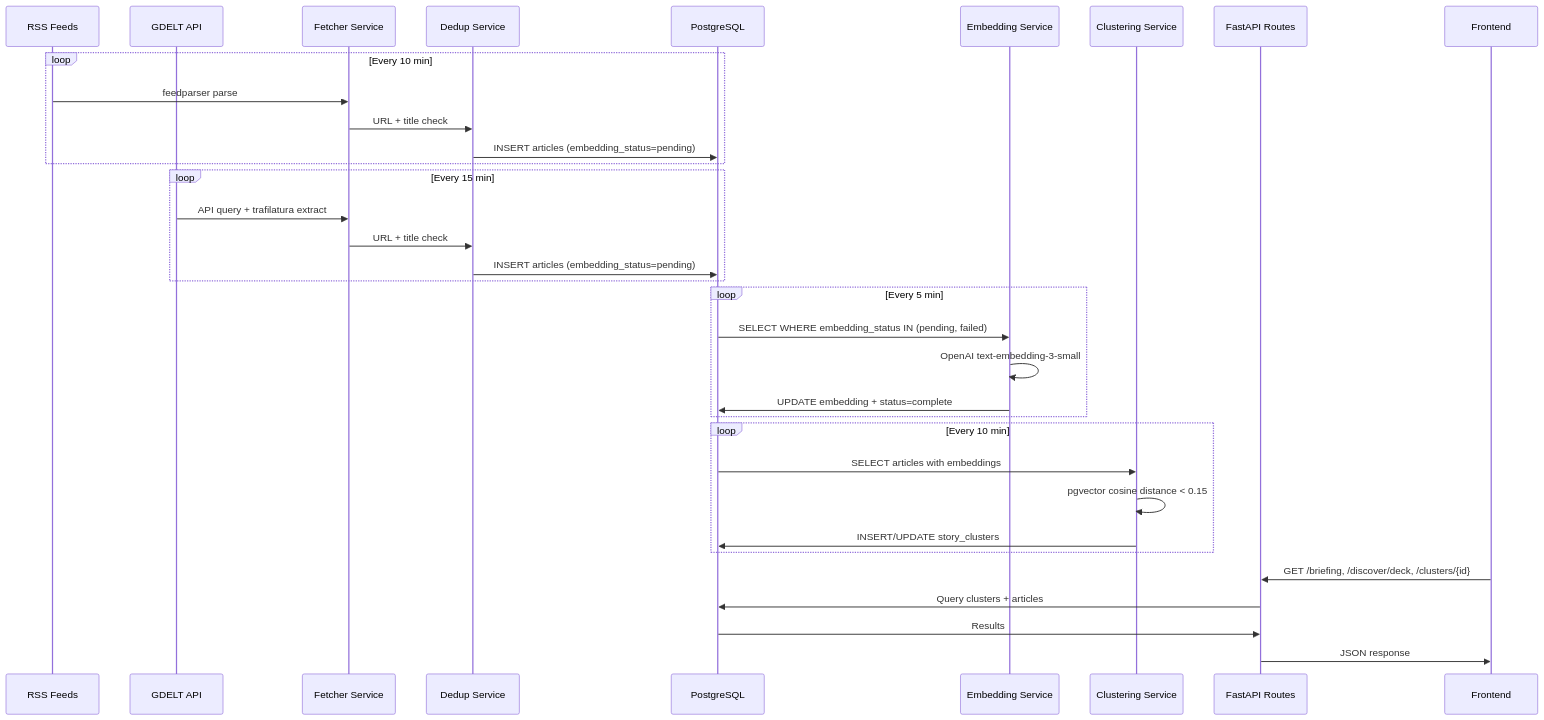
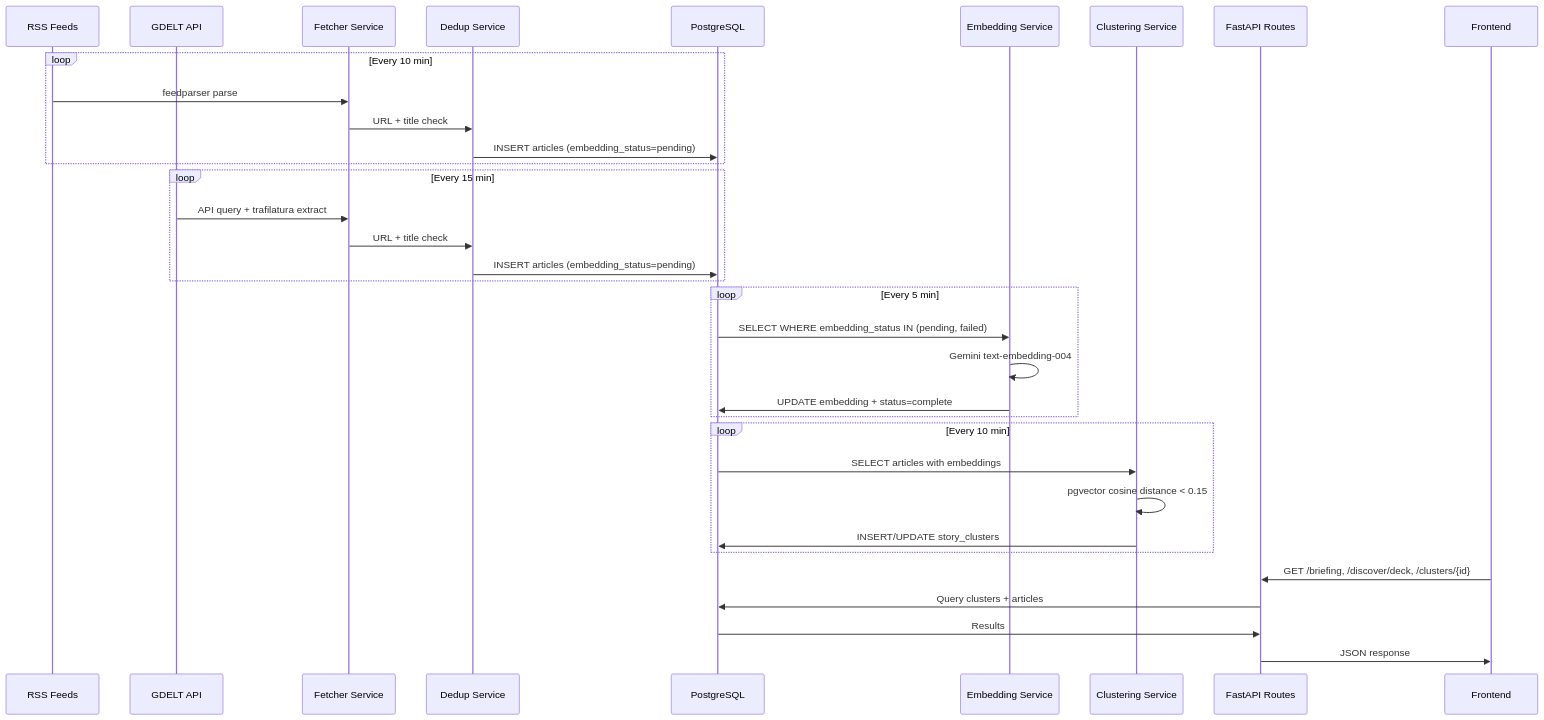
The second of 4 diagrams in ARCHITECTURE.md (Mr-Genesis/newslens), drawn with Mermaid before and after one commit. The commit also changed other lines of this file and 12 other files, not shown here.

First line of the commit message:
feat(llm): move embeddings + generation to Gemini (text-embedding-004)

````diff
--- a/ARCHITECTURE.md
+++ b/ARCHITECTURE.md
@@ -90,41 +90,41 @@
 ```mermaid
 sequenceDiagram
     participant RSS as RSS Feeds
     participant GDELT as GDELT API
     participant Fetch as Fetcher Service
     participant Dedup as Dedup Service
     participant DB as PostgreSQL
     participant Embed as Embedding Service
     participant Cluster as Clustering Service
     participant API as FastAPI Routes
     participant UI as Frontend
 
     loop Every 10 min
         RSS->>Fetch: feedparser parse
         Fetch->>Dedup: URL + title check
         Dedup->>DB: INSERT articles (embedding_status=pending)
     end
 
     loop Every 15 min
         GDELT->>Fetch: API query + trafilatura extract
         Fetch->>Dedup: URL + title check
         Dedup->>DB: INSERT articles (embedding_status=pending)
     end
 
     loop Every 5 min
         DB->>Embed: SELECT WHERE embedding_status IN (pending, failed)
-        Embed->>Embed: OpenAI text-embedding-3-small
+        Embed->>Embed: Gemini text-embedding-004
         Embed->>DB: UPDATE embedding + status=complete
     end
 
     loop Every 10 min
         DB->>Cluster: SELECT articles with embeddings
         Cluster->>Cluster: pgvector cosine distance < 0.15
         Cluster->>DB: INSERT/UPDATE story_clusters
     end
 
     UI->>API: GET /briefing, /discover/deck, /clusters/{id}
     API->>DB: Query clusters + articles
     DB->>API: Results
     API->>UI: JSON response
 ```
````
